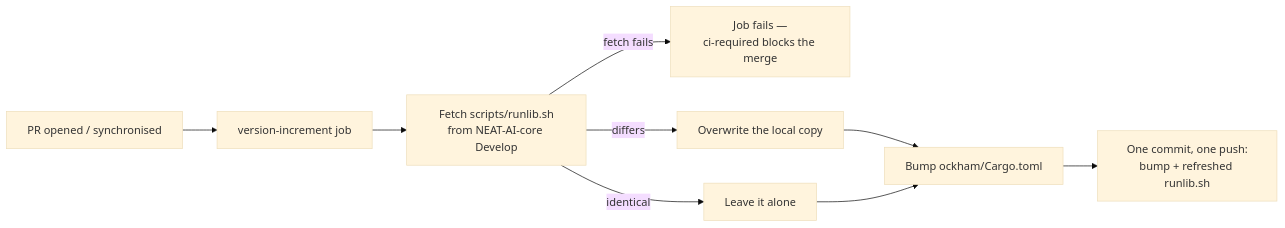
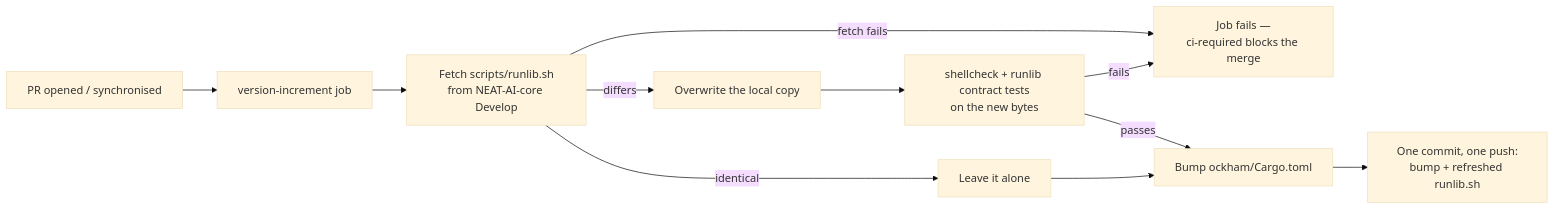
Before and after one commit to stSoftwareAU/NEAT-AI-Ockham: diagram 24 of 24 in README.md, drawn with Mermaid (base theme). The commit also changed other lines of this file and 4 other files, not shown here.

````diff
--- a/README.md
+++ b/README.md
@@ -2586,11 +2600,13 @@
 ```mermaid
 flowchart LR
     A["PR opened / synchronised"] --> B["version-increment job"]
     B --> C["Fetch scripts/runlib.sh<br/>from NEAT-AI-core Develop"]
     C -->|fetch fails| D["Job fails —<br/>ci-required blocks the merge"]
+    C -->|identical| F["Leave it alone"]
     C -->|differs| E["Overwrite the local copy"]
-    C -->|identical| F["Leave it alone"]
-    E --> G["Bump ockham/Cargo.toml"]
+    E --> L["shellcheck + runlib contract tests<br/>on the new bytes"]
+    L -->|fails| D
+    L -->|passes| G["Bump ockham/Cargo.toml"]
     F --> G
     G --> H["One commit, one push:<br/>bump + refreshed runlib.sh"]
 ```
````
